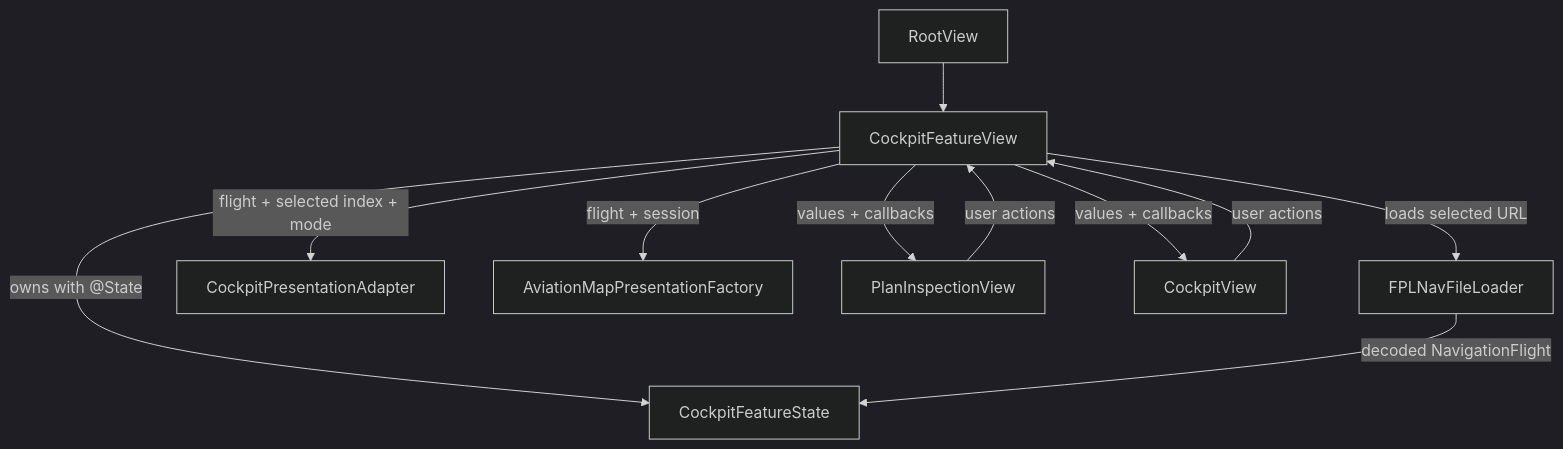
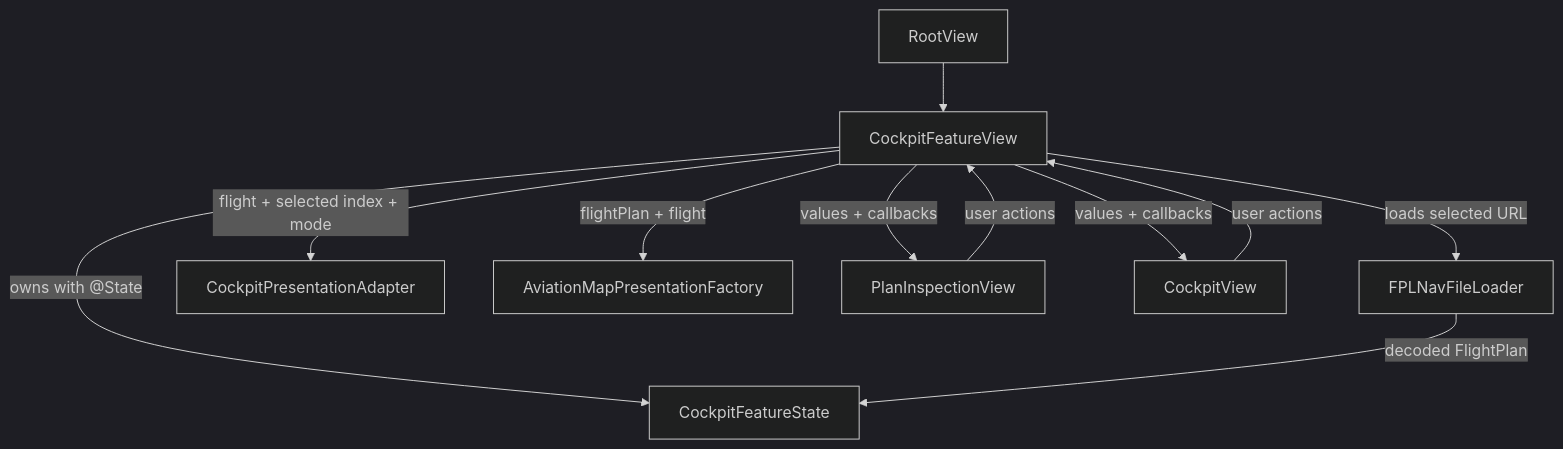
One commit to johnbenz13/NavigationFlight changed the first of 2 diagrams in docs/technical/COCKPIT-FEATURE-VIEW.md. Above: the diagram before and after it, drawn with Mermaid (dark theme). The commit also changed other lines of this file and 20 other files, not shown here.

Commit message:
Migrate Flight Plan and Flight terminology

````diff
--- a/docs/technical/COCKPIT-FEATURE-VIEW.md
+++ b/docs/technical/COCKPIT-FEATURE-VIEW.md
@@ -25,13 +25,13 @@
 ```mermaid
 flowchart TD
     Root[RootView] --> FeatureView[CockpitFeatureView]
     FeatureView -->|owns with @State| FeatureState[CockpitFeatureState]
     FeatureView -->|loads selected URL| Loader[FPLNavFileLoader]
-    Loader -->|decoded NavigationFlight| FeatureState
+    Loader -->|decoded FlightPlan| FeatureState
     FeatureView -->|flight + selected index + mode| Adapter[CockpitPresentationAdapter]
-    FeatureView -->|flight + session| MapFactory[AviationMapPresentationFactory]
+    FeatureView -->|flightPlan + flight| MapFactory[AviationMapPresentationFactory]
     FeatureView -->|values + callbacks| Inspection[PlanInspectionView]
     FeatureView -->|values + callbacks| Cockpit[CockpitView]
     Inspection -->|user actions| FeatureView
     Cockpit -->|user actions| FeatureView
 ```
````
